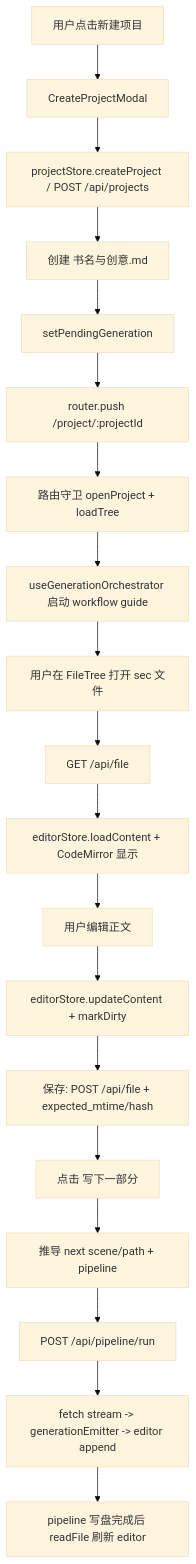
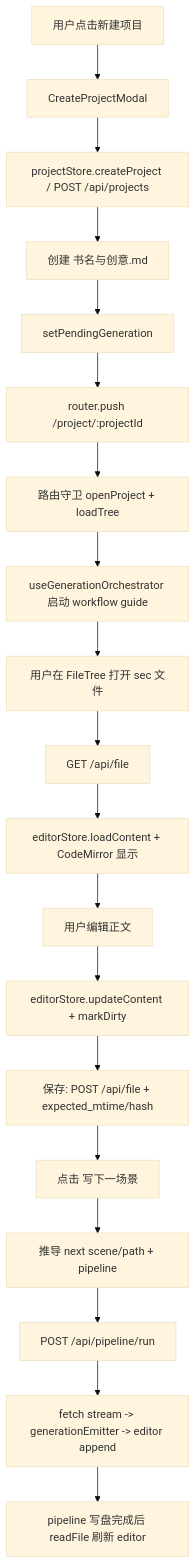
The first of 4 diagrams in docs/frontend-user-flow.md (wuyinglai/moyun-studio), drawn with Mermaid (base theme) before and after one commit. The commit also changed other lines of this file and 30 other files, not shown here.

````diff
--- a/docs/frontend-user-flow.md
+++ b/docs/frontend-user-flow.md
@@ -340,21 +340,21 @@
 ```mermaid
 flowchart TD
   A["用户点击新建项目"] --> B["CreateProjectModal"]
   B --> C["projectStore.createProject / POST /api/projects"]
   C --> D["创建 书名与创意.md"]
   D --> E["setPendingGeneration"]
   E --> F["router.push /project/:projectId"]
   F --> G["路由守卫 openProject + loadTree"]
   G --> H["useGenerationOrchestrator 启动 workflow guide"]
   H --> I["用户在 FileTree 打开 sec 文件"]
   I --> J["GET /api/file"]
   J --> K["editorStore.loadContent + CodeMirror 显示"]
   K --> L["用户编辑正文"]
   L --> M["editorStore.updateContent + markDirty"]
   M --> N["保存: POST /api/file + expected_mtime/hash"]
-  N --> O["点击 写下一部分"]
+  N --> O["点击 写下一场景"]
   O --> P["推导 next scene/path + pipeline"]
   P --> Q["POST /api/pipeline/run"]
   Q --> R["fetch stream -> generationEmitter -> editor append"]
   R --> S["pipeline 写盘完成后 readFile 刷新 editor"]
 ```
````
